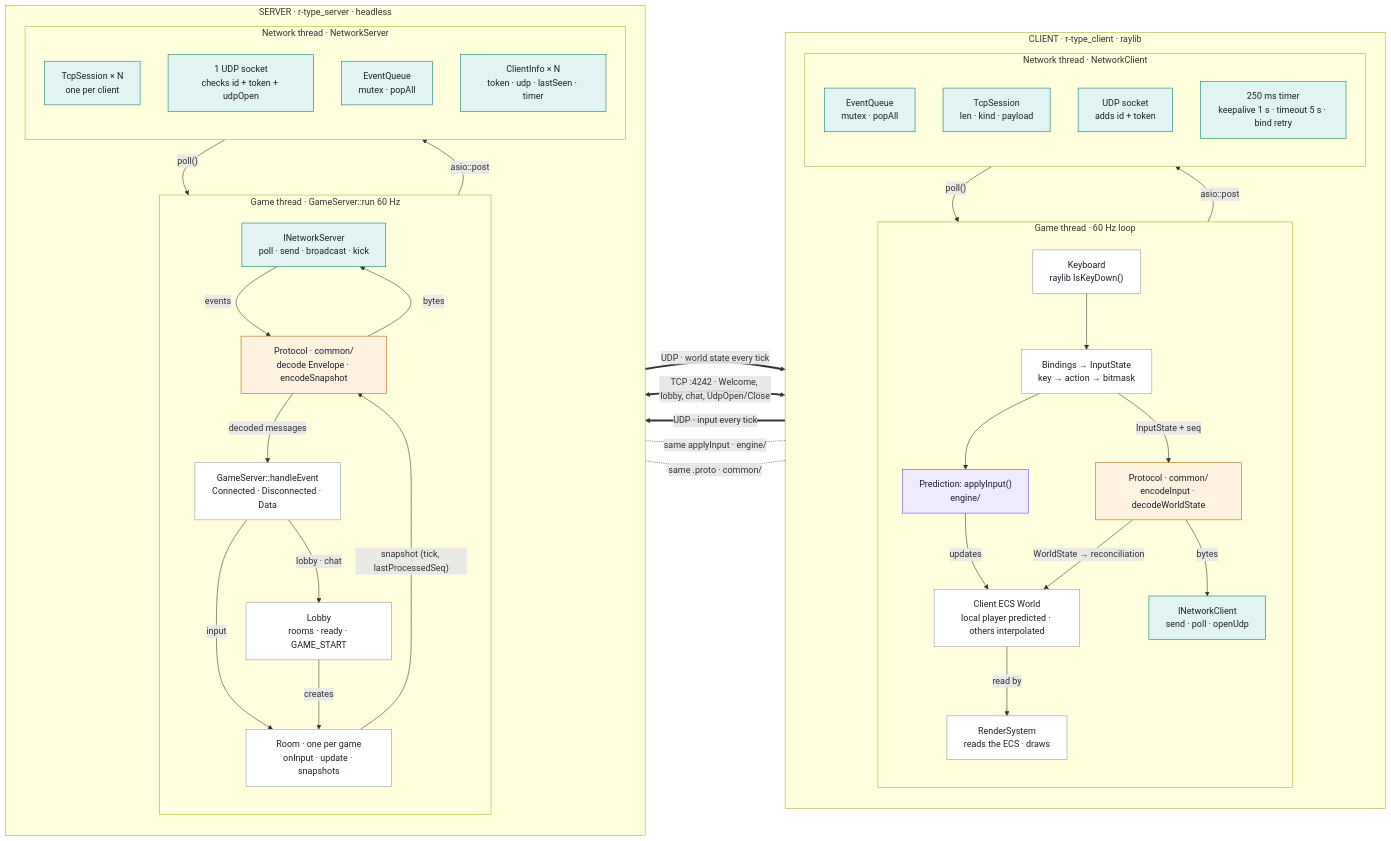
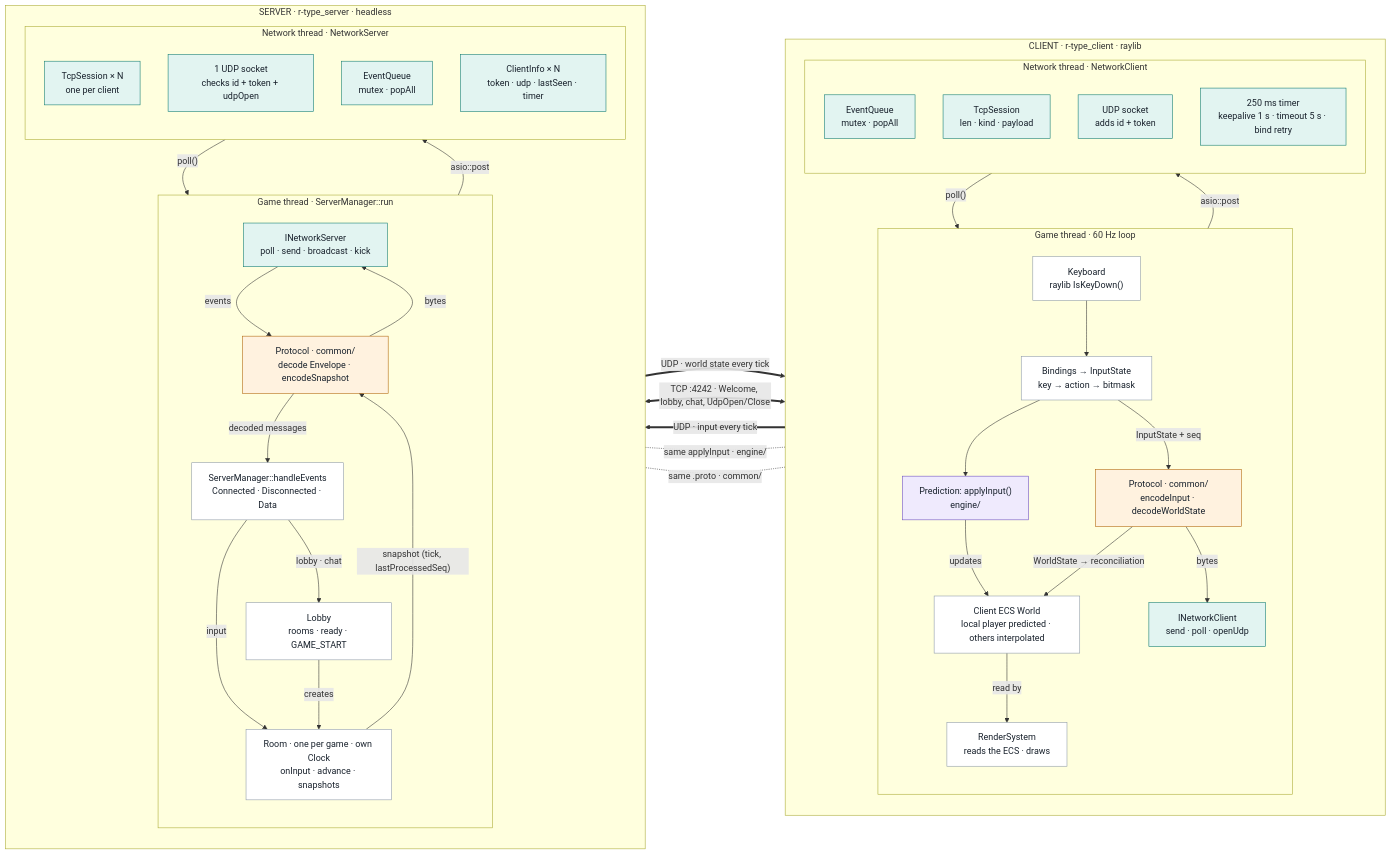
Before and after one commit to Matt4401/Mirror-Rtype: the first of 4 diagrams in docs/architecture/client-server.md, drawn with Mermaid. The commit also changed other lines of this file and 10 other files, not shown here.

Commit message:
feat(server): implement `Room` and `ServerManager` to handle player management, networking, and game loop

````diff
--- a/docs/architecture/client-server.md
+++ b/docs/architecture/client-server.md
@@ -22,74 +23,74 @@
 ```mermaid
 flowchart LR
     subgraph CLIENT["CLIENT · r-type_client · raylib"]
         direction TB
         subgraph CG["Game thread · 60 Hz loop"]
             direction TB
             K["Keyboard<br/>raylib IsKeyDown()"]
             B["Bindings → InputState<br/>key → action → bitmask"]
             P["Prediction: applyInput()<br/>engine/"]
             W["Client ECS World<br/>local player predicted · others interpolated"]
             R["RenderSystem<br/>reads the ECS · draws"]
             CP["Protocol · common/<br/>encodeInput · decodeWorldState"]
             CI["INetworkClient<br/>send · poll · openUdp"]
         end
         subgraph CN["Network thread · NetworkClient"]
             direction TB
             CQ["EventQueue<br/>mutex · popAll"]
             CT["TcpSession<br/>len · kind · payload"]
             CU["UDP socket<br/>adds id + token"]
             CTM["250 ms timer<br/>keepalive 1 s · timeout 5 s · bind retry"]
         end
     end
 
     subgraph SERVER["SERVER · r-type_server · headless"]
         direction TB
-        subgraph SG["Game thread · GameServer::run 60 Hz"]
+        subgraph SG["Game thread · ServerManager::run"]
             direction TB
             SI["INetworkServer<br/>poll · send · broadcast · kick"]
             SP["Protocol · common/<br/>decode Envelope · encodeSnapshot"]
-            SH["GameServer::handleEvent<br/>Connected · Disconnected · Data"]
+            SH["ServerManager::handleEvents<br/>Connected · Disconnected · Data"]
             L["Lobby<br/>rooms · ready · GAME_START"]
-            RM["Room · one per game<br/>onInput · update · snapshots"]
+            RM["Room · one per game · own Clock<br/>onInput · advance · snapshots"]
         end
         subgraph SN["Network thread · NetworkServer"]
             direction TB
             ST["TcpSession × N<br/>one per client"]
             SU["1 UDP socket<br/>checks id + token + udpOpen"]
             SQ["EventQueue<br/>mutex · popAll"]
             SC["ClientInfo × N<br/>token · udp · lastSeen · timer"]
         end
     end
 
     K --> B --> P -->|updates| W -->|read by| R
     B -->|"InputState + seq"| CP
     CP -->|"WorldState → reconciliation"| W
     CP -->|bytes| CI
     CI -->|"asio::post"| CT
     CQ -->|"poll()"| CI
 
     SQ -->|"poll()"| SI
     SI -->|events| SP -->|decoded messages| SH
     SH -->|"lobby · chat"| L
     SH -->|input| RM
     L -->|"creates"| RM
     RM -->|"snapshot (tick, lastProcessedSeq)"| SP
     SP -->|bytes| SI
     SI -->|"asio::post"| ST
 
     CT <==>|"TCP :4242 · Welcome, lobby, chat, UdpOpen/Close"| ST
     CU ==>|"UDP · input every tick"| SU
     SU ==>|"UDP · world state every tick"| CU
 
     P -.-|"same applyInput · engine/"| RM
     CP -.-|"same .proto · common/"| SP
 
     classDef game fill:#ffffff,stroke:#8d99a8,color:#18212c
     classDef proto fill:#fff2df,stroke:#b0640a,color:#18212c
     classDef net fill:#e2f4f1,stroke:#0d7a70,color:#18212c
     classDef eng fill:#efeafd,stroke:#6a4cc0,color:#18212c
     class K,B,W,R,SH,L,RM game
     class CP,SP proto
     class CI,CQ,CT,CU,CTM,SI,ST,SU,SQ,SC net
     class P eng
 ```
````
